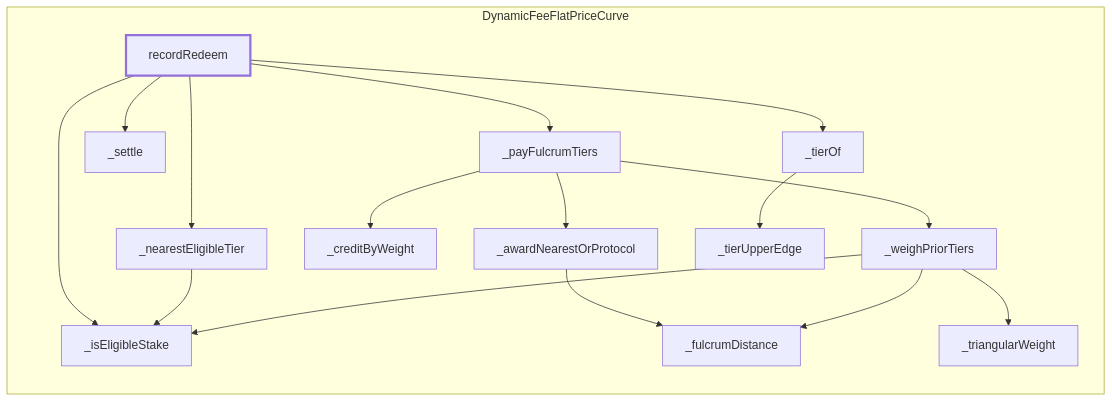
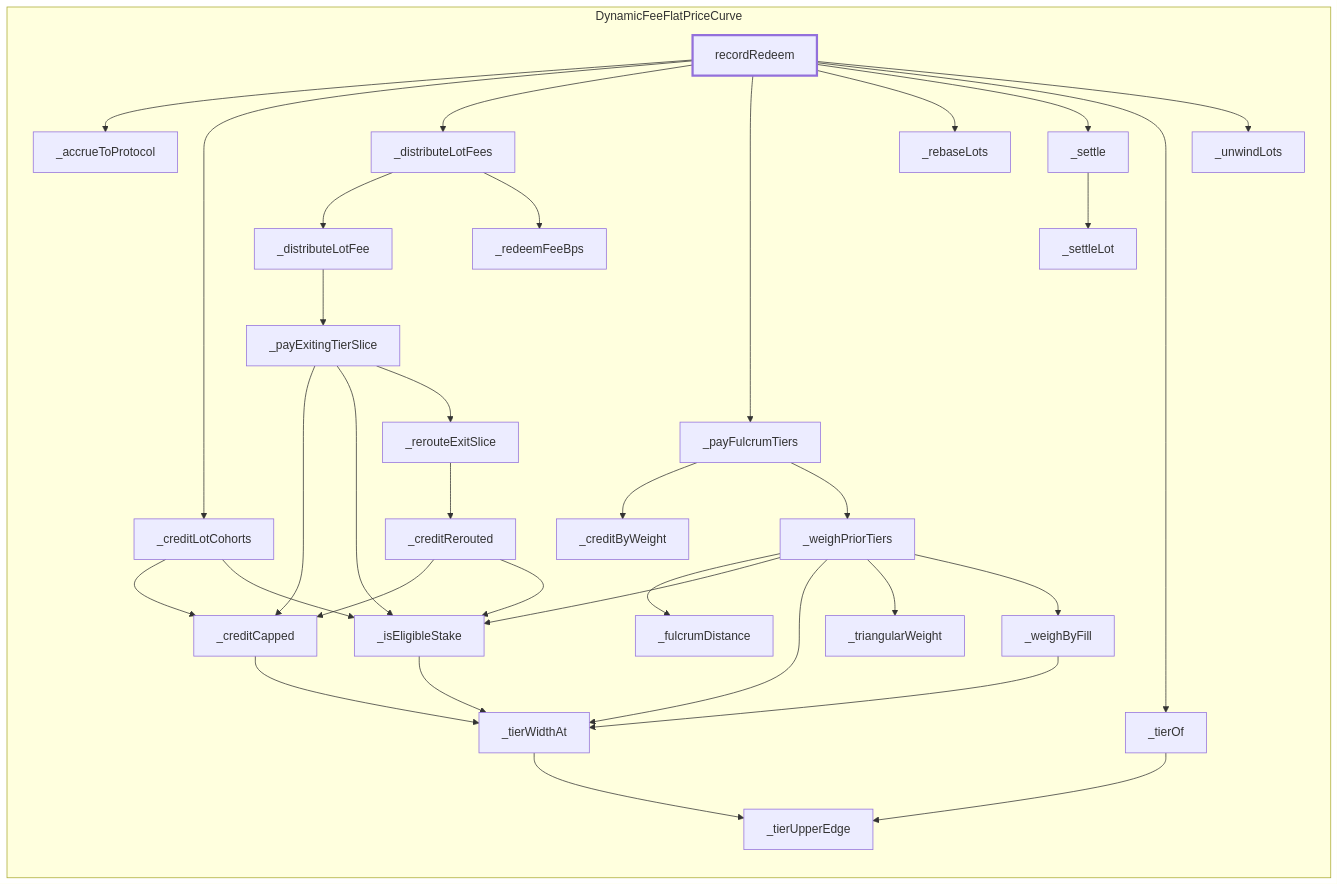
One commit to 0xIntuition/intuition-contracts-v2 changed the diagram in docs/call-flows/generated/curve-record-redeem.md. Above: the diagram before and after it, drawn with Mermaid. The commit also changed other lines of this file and 26 other files, not shown here.

Commit message:
fix: per-lot position accounting and an occupancy-weighted fee spread on the dynamic-fee curve (5.1, 5.3)

````diff
--- a/docs/call-flows/generated/curve-record-redeem.md
+++ b/docs/call-flows/generated/curve-record-redeem.md
@@ -11,32 +11,62 @@
 ```mermaid
 flowchart LR
   subgraph DynamicFeeFlatPriceCurve["DynamicFeeFlatPriceCurve"]
-    DynamicFeeFlatPriceCurve__awardNearestOrProtocol["_awardNearestOrProtocol"]
+    DynamicFeeFlatPriceCurve__accrueToProtocol["_accrueToProtocol"]
     DynamicFeeFlatPriceCurve__creditByWeight["_creditByWeight"]
+    DynamicFeeFlatPriceCurve__creditCapped["_creditCapped"]
+    DynamicFeeFlatPriceCurve__creditLotCohorts["_creditLotCohorts"]
+    DynamicFeeFlatPriceCurve__creditRerouted["_creditRerouted"]
+    DynamicFeeFlatPriceCurve__distributeLotFee["_distributeLotFee"]
+    DynamicFeeFlatPriceCurve__distributeLotFees["_distributeLotFees"]
     DynamicFeeFlatPriceCurve__fulcrumDistance["_fulcrumDistance"]
     DynamicFeeFlatPriceCurve__isEligibleStake["_isEligibleStake"]
-    DynamicFeeFlatPriceCurve__nearestEligibleTier["_nearestEligibleTier"]
+    DynamicFeeFlatPriceCurve__payExitingTierSlice["_payExitingTierSlice"]
     DynamicFeeFlatPriceCurve__payFulcrumTiers["_payFulcrumTiers"]
+    DynamicFeeFlatPriceCurve__rebaseLots["_rebaseLots"]
+    DynamicFeeFlatPriceCurve__redeemFeeBps["_redeemFeeBps"]
+    DynamicFeeFlatPriceCurve__rerouteExitSlice["_rerouteExitSlice"]
     DynamicFeeFlatPriceCurve__settle["_settle"]
+    DynamicFeeFlatPriceCurve__settleLot["_settleLot"]
     DynamicFeeFlatPriceCurve__tierOf["_tierOf"]
     DynamicFeeFlatPriceCurve__tierUpperEdge["_tierUpperEdge"]
+    DynamicFeeFlatPriceCurve__tierWidthAt["_tierWidthAt"]
     DynamicFeeFlatPriceCurve__triangularWeight["_triangularWeight"]
+    DynamicFeeFlatPriceCurve__unwindLots["_unwindLots"]
+    DynamicFeeFlatPriceCurve__weighByFill["_weighByFill"]
     DynamicFeeFlatPriceCurve__weighPriorTiers["_weighPriorTiers"]
     DynamicFeeFlatPriceCurve_recordRedeem["recordRedeem"]
   end
-  DynamicFeeFlatPriceCurve_recordRedeem --> DynamicFeeFlatPriceCurve__isEligibleStake
-  DynamicFeeFlatPriceCurve_recordRedeem --> DynamicFeeFlatPriceCurve__nearestEligibleTier
+  DynamicFeeFlatPriceCurve_recordRedeem --> DynamicFeeFlatPriceCurve__accrueToProtocol
+  DynamicFeeFlatPriceCurve_recordRedeem --> DynamicFeeFlatPriceCurve__creditLotCohorts
+  DynamicFeeFlatPriceCurve_recordRedeem --> DynamicFeeFlatPriceCurve__distributeLotFees
   DynamicFeeFlatPriceCurve_recordRedeem --> DynamicFeeFlatPriceCurve__payFulcrumTiers
+  DynamicFeeFlatPriceCurve_recordRedeem --> DynamicFeeFlatPriceCurve__rebaseLots
   DynamicFeeFlatPriceCurve_recordRedeem --> DynamicFeeFlatPriceCurve__settle
   DynamicFeeFlatPriceCurve_recordRedeem --> DynamicFeeFlatPriceCurve__tierOf
-  DynamicFeeFlatPriceCurve__nearestEligibleTier --> DynamicFeeFlatPriceCurve__isEligibleStake
-  DynamicFeeFlatPriceCurve__payFulcrumTiers --> DynamicFeeFlatPriceCurve__awardNearestOrProtocol
+  DynamicFeeFlatPriceCurve_recordRedeem --> DynamicFeeFlatPriceCurve__unwindLots
+  DynamicFeeFlatPriceCurve__creditLotCohorts --> DynamicFeeFlatPriceCurve__creditCapped
+  DynamicFeeFlatPriceCurve__creditLotCohorts --> DynamicFeeFlatPriceCurve__isEligibleStake
+  DynamicFeeFlatPriceCurve__distributeLotFees --> DynamicFeeFlatPriceCurve__distributeLotFee
+  DynamicFeeFlatPriceCurve__distributeLotFees --> DynamicFeeFlatPriceCurve__redeemFeeBps
   DynamicFeeFlatPriceCurve__payFulcrumTiers --> DynamicFeeFlatPriceCurve__creditByWeight
   DynamicFeeFlatPriceCurve__payFulcrumTiers --> DynamicFeeFlatPriceCurve__weighPriorTiers
+  DynamicFeeFlatPriceCurve__settle --> DynamicFeeFlatPriceCurve__settleLot
   DynamicFeeFlatPriceCurve__tierOf --> DynamicFeeFlatPriceCurve__tierUpperEdge
-  DynamicFeeFlatPriceCurve__awardNearestOrProtocol --> DynamicFeeFlatPriceCurve__fulcrumDistance
+  DynamicFeeFlatPriceCurve__creditCapped --> DynamicFeeFlatPriceCurve__tierWidthAt
+  DynamicFeeFlatPriceCurve__isEligibleStake --> DynamicFeeFlatPriceCurve__tierWidthAt
+  DynamicFeeFlatPriceCurve__distributeLotFee --> DynamicFeeFlatPriceCurve__payExitingTierSlice
   DynamicFeeFlatPriceCurve__weighPriorTiers --> DynamicFeeFlatPriceCurve__fulcrumDistance
   DynamicFeeFlatPriceCurve__weighPriorTiers --> DynamicFeeFlatPriceCurve__isEligibleStake
+  DynamicFeeFlatPriceCurve__weighPriorTiers --> DynamicFeeFlatPriceCurve__tierWidthAt
   DynamicFeeFlatPriceCurve__weighPriorTiers --> DynamicFeeFlatPriceCurve__triangularWeight
+  DynamicFeeFlatPriceCurve__weighPriorTiers --> DynamicFeeFlatPriceCurve__weighByFill
+  DynamicFeeFlatPriceCurve__tierWidthAt --> DynamicFeeFlatPriceCurve__tierUpperEdge
+  DynamicFeeFlatPriceCurve__payExitingTierSlice --> DynamicFeeFlatPriceCurve__creditCapped
+  DynamicFeeFlatPriceCurve__payExitingTierSlice --> DynamicFeeFlatPriceCurve__isEligibleStake
+  DynamicFeeFlatPriceCurve__payExitingTierSlice --> DynamicFeeFlatPriceCurve__rerouteExitSlice
+  DynamicFeeFlatPriceCurve__weighByFill --> DynamicFeeFlatPriceCurve__tierWidthAt
+  DynamicFeeFlatPriceCurve__rerouteExitSlice --> DynamicFeeFlatPriceCurve__creditRerouted
+  DynamicFeeFlatPriceCurve__creditRerouted --> DynamicFeeFlatPriceCurve__creditCapped
+  DynamicFeeFlatPriceCurve__creditRerouted --> DynamicFeeFlatPriceCurve__isEligibleStake
   style DynamicFeeFlatPriceCurve_recordRedeem stroke-width:3px
 ```
````
